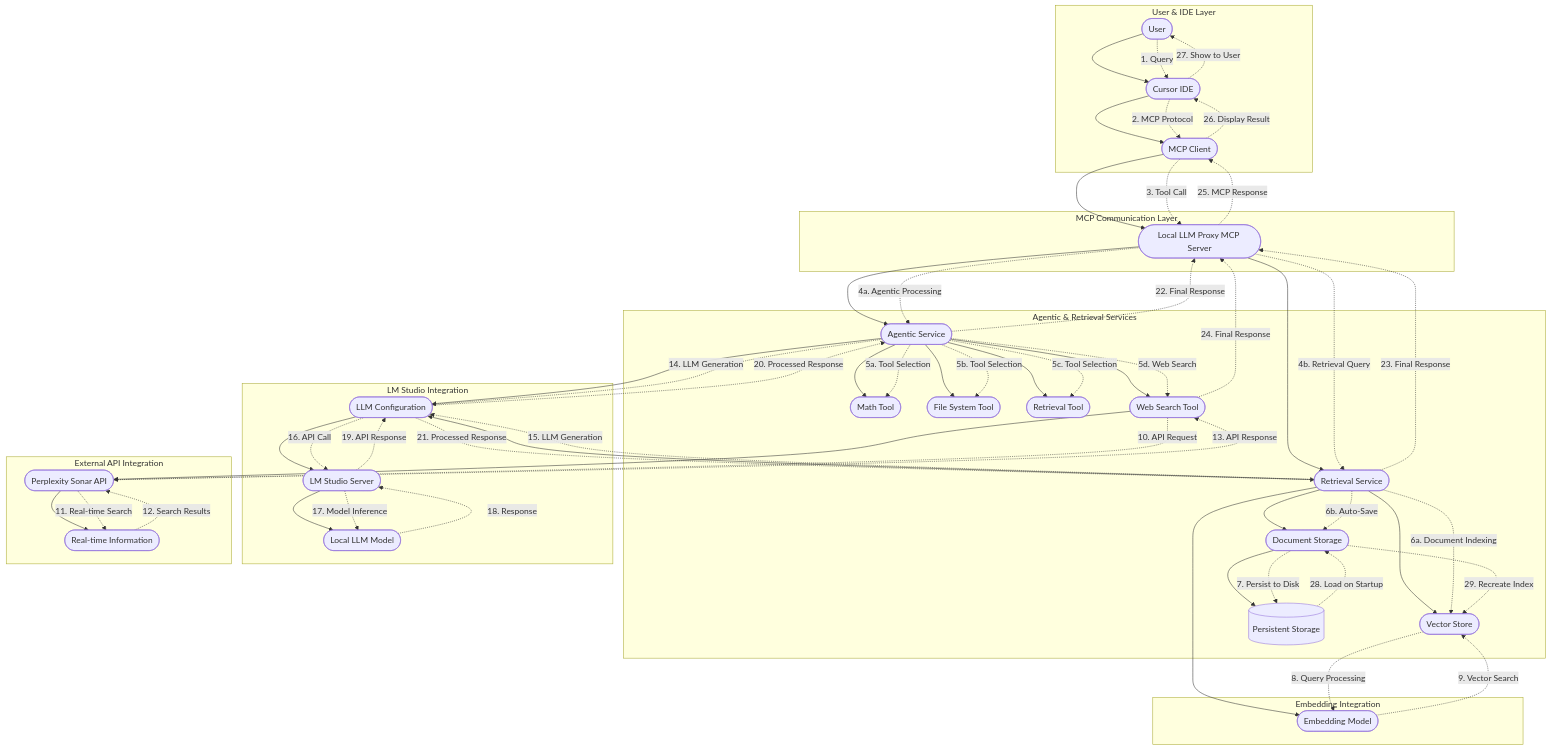
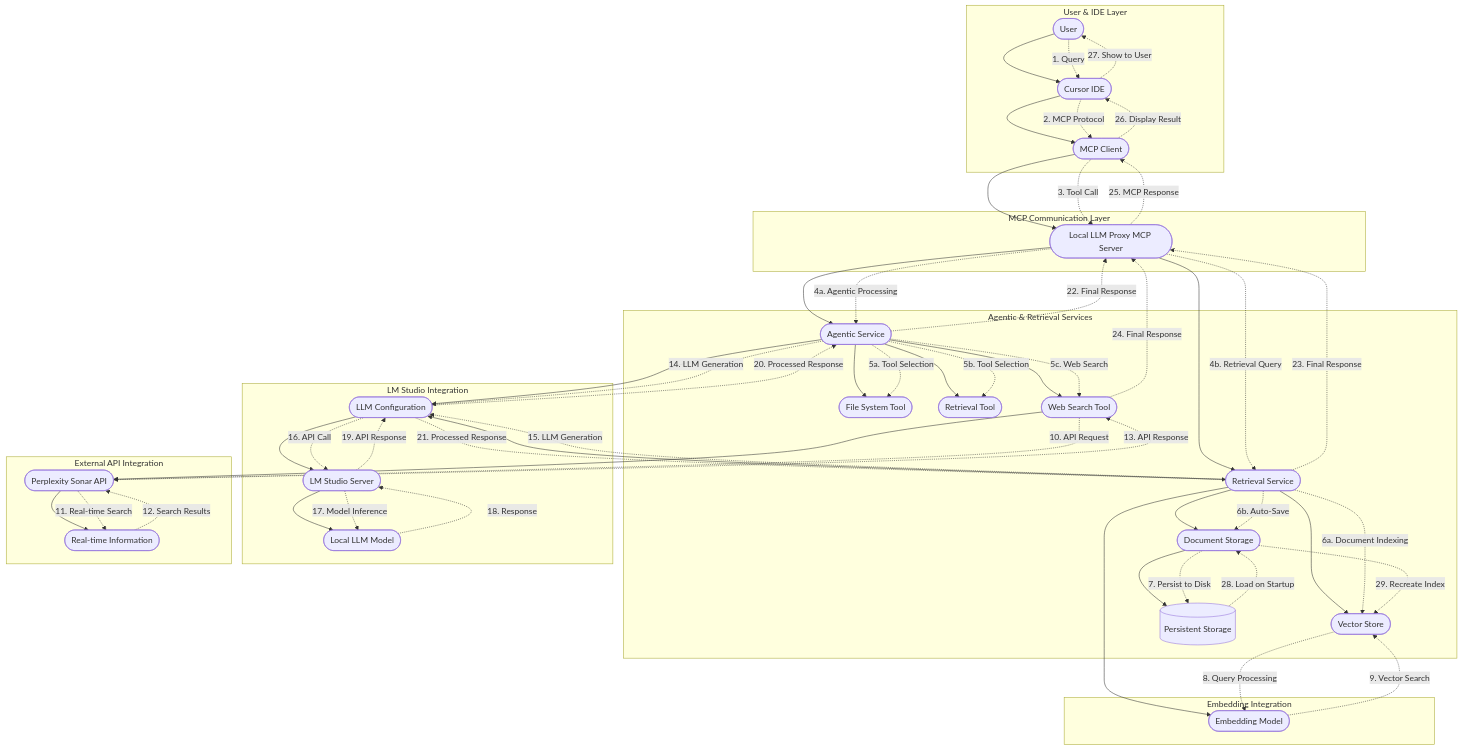
Before and after one commit to Davz33/Cursor-Local-llm-MCP-proxy: the diagram in README.md, drawn with Mermaid. The commit also changed other lines of this file and 3 other files, not shown here.

```diff
--- a/README.md
+++ b/README.md
@@ -28,7 +28,6 @@
         MCPServer --> AgenticService([Agentic Service])
         MCPServer --> RetrievalService([Retrieval Service])
 
-        AgenticService --> MathTool([Math Tool])
         AgenticService --> FileSystemTool([File System Tool])
         AgenticService --> RetrievalTool([Retrieval Tool])
         AgenticService --> SonarTool([Web Search Tool])
@@ -61,10 +60,9 @@
     MCPServer -.->|"4a. Agentic Processing"| AgenticService
     MCPServer -.->|"4b. Retrieval Query"| RetrievalService
 
-    AgenticService -.->|"5a. Tool Selection"| MathTool
-    AgenticService -.->|"5b. Tool Selection"| FileSystemTool
-    AgenticService -.->|"5c. Tool Selection"| RetrievalTool
-    AgenticService -.->|"5d. Web Search"| SonarTool
+    AgenticService -.->|"5a. Tool Selection"| FileSystemTool
+    AgenticService -.->|"5b. Tool Selection"| RetrievalTool
+    AgenticService -.->|"5c. Web Search"| SonarTool
 
     RetrievalService -.->|"6a. Document Indexing"| VectorIndex
     RetrievalService -.->|"6b. Auto-Save"| DocumentStorage
```
